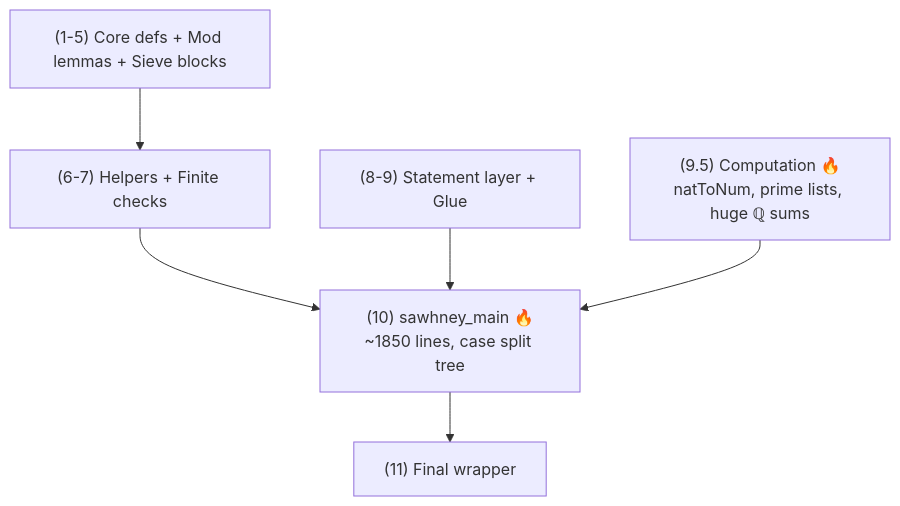
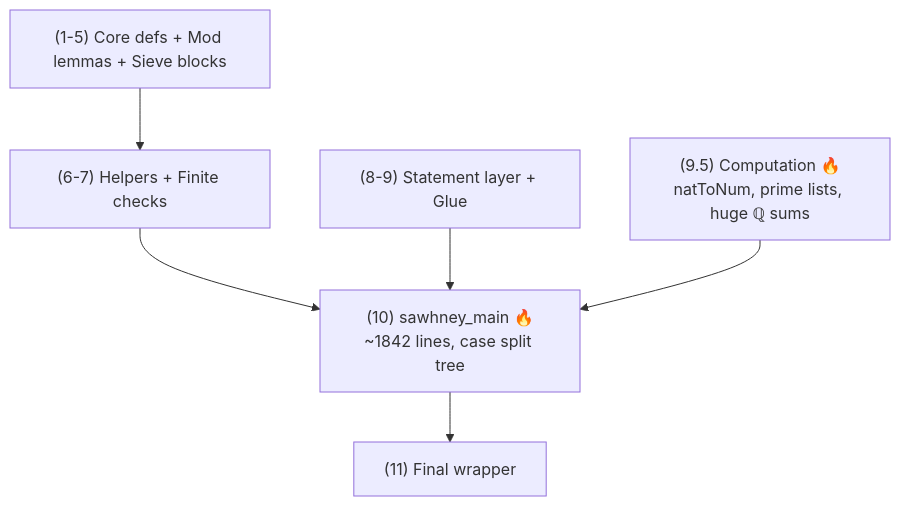
The diagram in formal/lean/Erdos/Problem848_REFACTOR_NOTES.md (research-developer/erdos-banger), drawn with Mermaid before and after one commit. The commit also changed other lines of this file, not shown here.

````diff
--- a/formal/lean/Erdos/Problem848_REFACTOR_NOTES.md
+++ b/formal/lean/Erdos/Problem848_REFACTOR_NOTES.md
@@ -47,9 +69,9 @@
 ```mermaid
 flowchart TD
     S1["(1-5) Core defs + Mod lemmas + Sieve blocks"] --> S6
     S6["(6-7) Helpers + Finite checks"] --> S10
     S8["(8-9) Statement layer + Glue"] --> S10
     S95["(9.5) Computation 🔥<br/>natToNum, prime lists, huge ℚ sums"] --> S10
-    S10["(10) sawhney_main 🔥<br/>~1850 lines, case split tree"] --> S11
+    S10["(10) sawhney_main 🔥<br/>~1842 lines, case split tree"] --> S11
     S11["(11) Final wrapper"]
 ```
````
